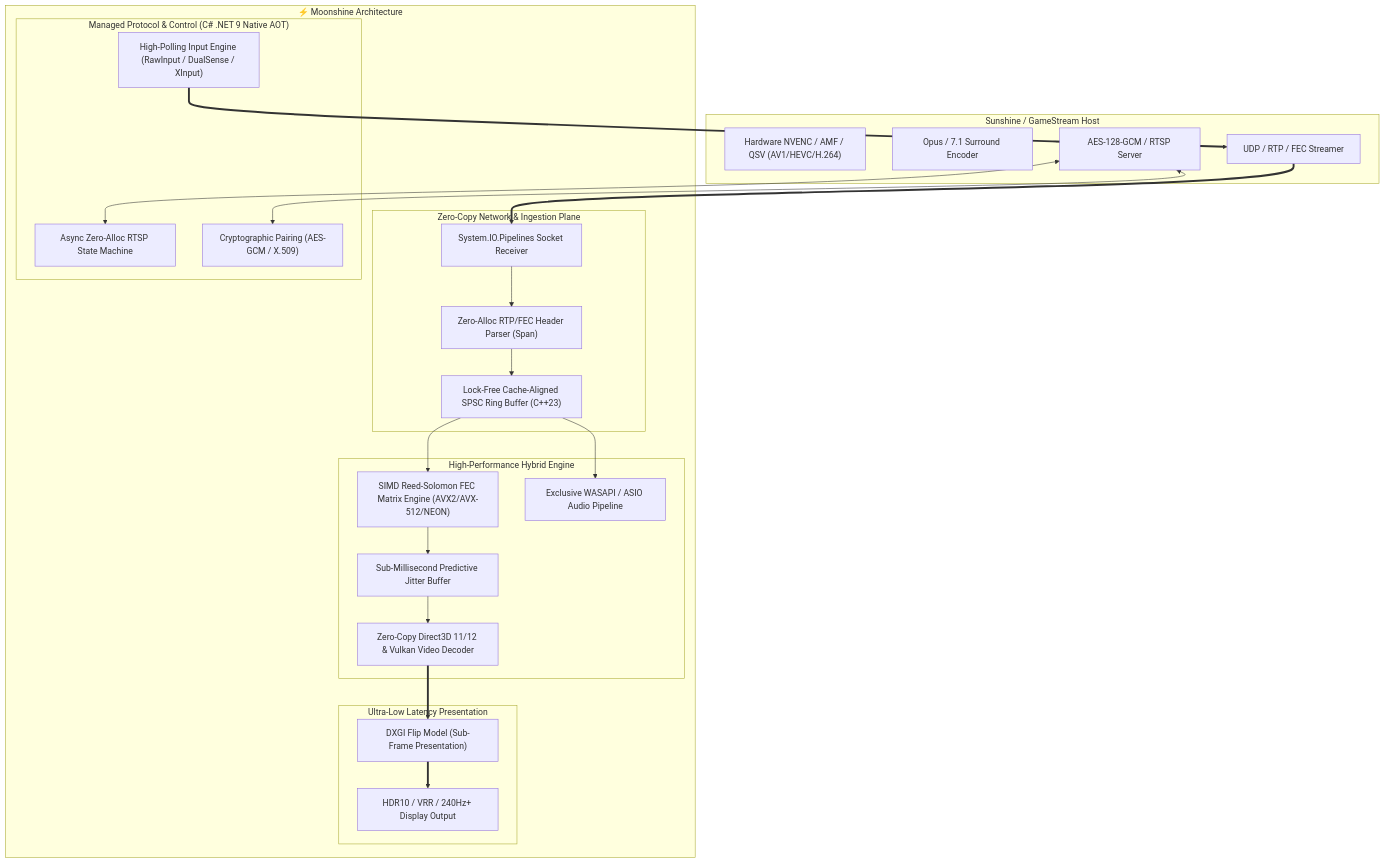
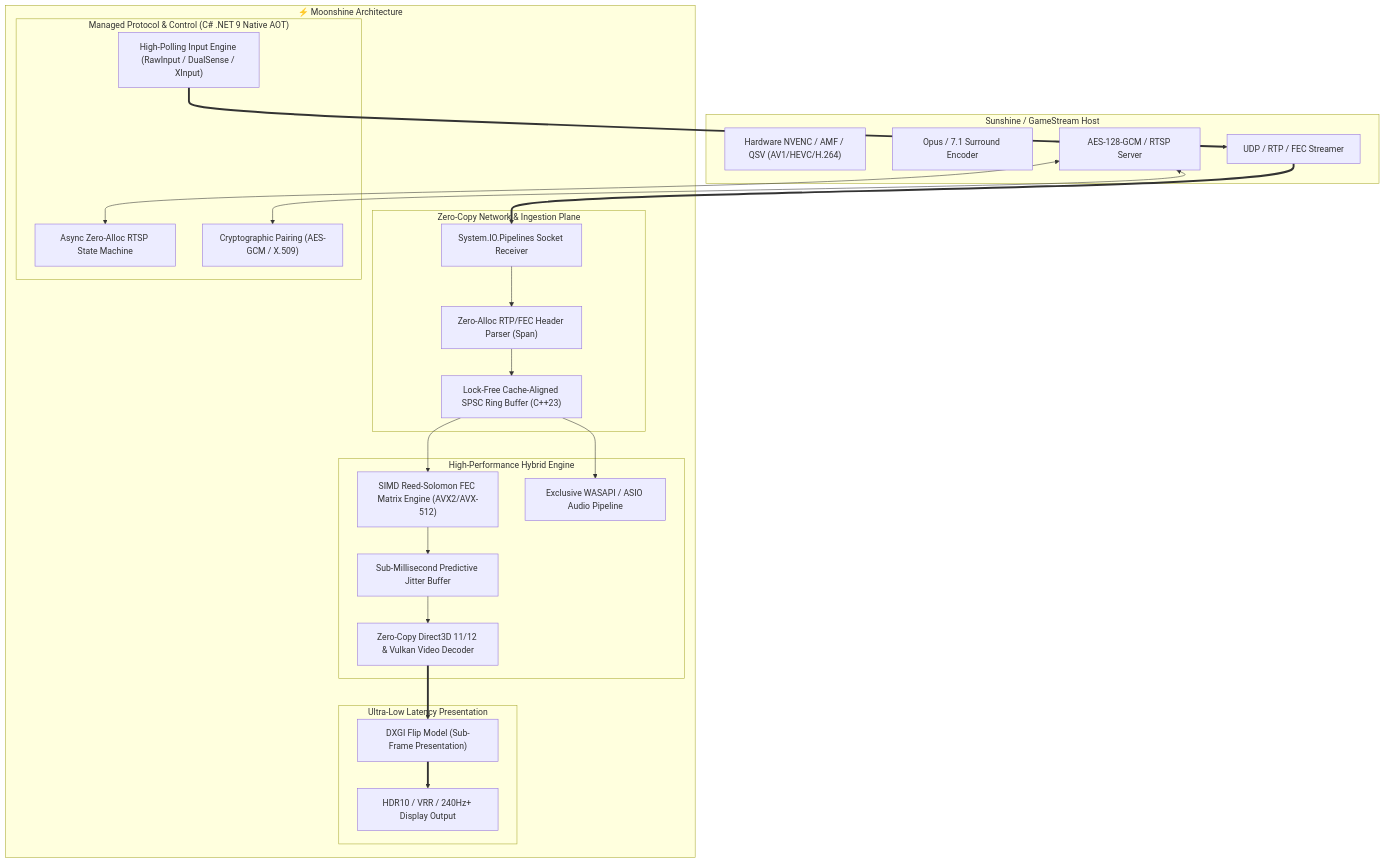
Before and after one commit to CodeGrogu/Moonshine: the diagram in README.md, drawn with Mermaid. The commit also changed other lines of this file and 46 other files, not shown here.

````diff
--- a/README.md
+++ b/README.md
@@ -26,44 +26,44 @@
 ```mermaid
 graph TD
     subgraph Host ["Sunshine / GameStream Host"]
         VideoEncoder["Hardware NVENC / AMF / QSV (AV1/HEVC/H.264)"]
         AudioEncoder["Opus / 7.1 Surround Encoder"]
         CryptoEngine["AES-128-GCM / RTSP Server"]
         NetTx["UDP / RTP / FEC Streamer"]
     end
 
     subgraph Moonshine ["⚡ Moonshine Architecture"]
         subgraph NetLayer ["Zero-Copy Network & Ingestion Plane"]
             SocketRx["System.IO.Pipelines Socket Receiver"]
             RtpParser["Zero-Alloc RTP/FEC Header Parser (Span<byte>)"]
             SPSC["Lock-Free Cache-Aligned SPSC Ring Buffer (C++23)"]
         end
 
         subgraph CoreEngine ["High-Performance Hybrid Engine"]
-            FecSimd["SIMD Reed-Solomon FEC Matrix Engine (AVX2/AVX-512/NEON)"]
+            FecSimd["SIMD Reed-Solomon FEC Matrix Engine (AVX2/AVX-512)"]
             JitterBuffer["Sub-Millisecond Predictive Jitter Buffer"]
             D3DVideo["Zero-Copy Direct3D 11/12 & Vulkan Video Decoder"]
             WasapiAudio["Exclusive WASAPI / ASIO Audio Pipeline"]
         end
 
         subgraph ProtocolLayer ["Managed Protocol & Control (C# .NET 9 Native AOT)"]
             RtspClient["Async Zero-Alloc RTSP State Machine"]
             Pairing["Cryptographic Pairing (AES-GCM / X.509)"]
             InputEngine["High-Polling Input Engine (RawInput / DualSense / XInput)"]
         end
 
         subgraph Presentation ["Ultra-Low Latency Presentation"]
             DisplayFlip["DXGI Flip Model (Sub-Frame Presentation)"]
             DisplayOut["HDR10 / VRR / 240Hz+ Display Output"]
         end
     end
 
     NetTx ==> SocketRx
     SocketRx --> RtpParser --> SPSC
     SPSC --> FecSimd --> JitterBuffer --> D3DVideo
     SPSC --> WasapiAudio
     CryptoEngine <--> Pairing
     CryptoEngine <--> RtspClient
     InputEngine ==> NetTx
     D3DVideo ==> DisplayFlip ==> DisplayOut
 ```
````
